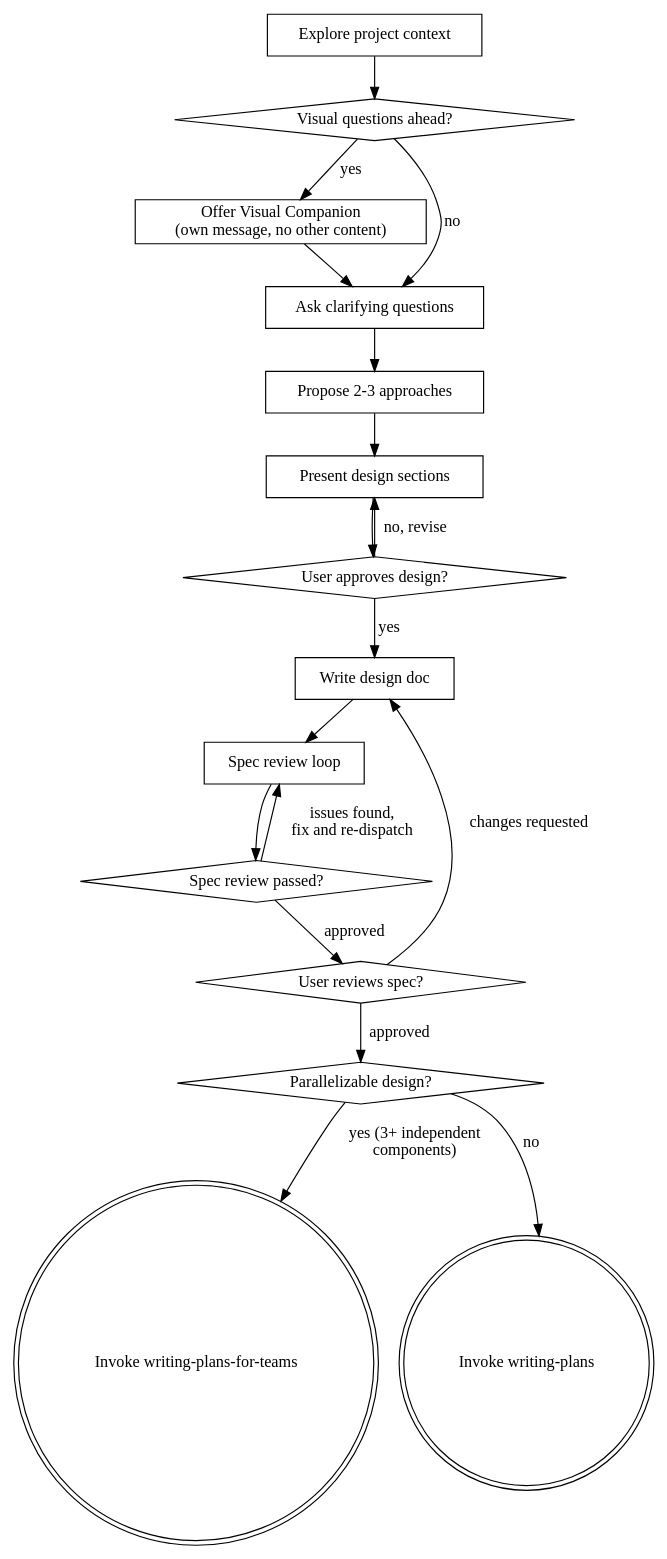
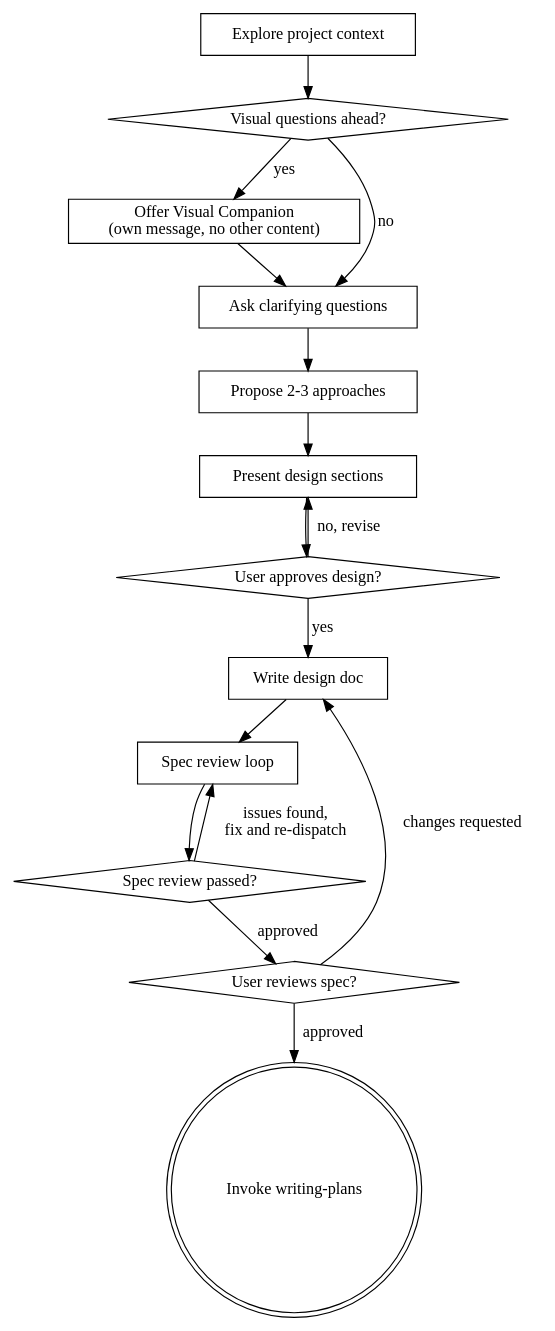
Before and after one commit to Sairef/superpowers: the diagram in skills/brainstorming/SKILL.md, drawn with Graphviz. The commit also changed other lines of this file and 11 other files, not shown here.

````diff
--- a/skills/brainstorming/SKILL.md
+++ b/skills/brainstorming/SKILL.md
@@ -36,36 +36,32 @@
 ```dot
 digraph brainstorming {
     "Explore project context" [shape=box];
     "Visual questions ahead?" [shape=diamond];
     "Offer Visual Companion\n(own message, no other content)" [shape=box];
     "Ask clarifying questions" [shape=box];
     "Propose 2-3 approaches" [shape=box];
     "Present design sections" [shape=box];
     "User approves design?" [shape=diamond];
     "Write design doc" [shape=box];
     "Spec review loop" [shape=box];
     "Spec review passed?" [shape=diamond];
     "User reviews spec?" [shape=diamond];
-    "Parallelizable design?" [shape=diamond];
-    "Invoke writing-plans-for-teams" [shape=doublecircle];
     "Invoke writing-plans" [shape=doublecircle];
 
     "Explore project context" -> "Visual questions ahead?";
     "Visual questions ahead?" -> "Offer Visual Companion\n(own message, no other content)" [label="yes"];
     "Visual questions ahead?" -> "Ask clarifying questions" [label="no"];
     "Offer Visual Companion\n(own message, no other content)" -> "Ask clarifying questions";
     "Ask clarifying questions" -> "Propose 2-3 approaches";
     "Propose 2-3 approaches" -> "Present design sections";
     "Present design sections" -> "User approves design?";
     "User approves design?" -> "Present design sections" [label="no, revise"];
     "User approves design?" -> "Write design doc" [label="yes"];
     "Write design doc" -> "Spec review loop";
     "Spec review loop" -> "Spec review passed?";
     "Spec review passed?" -> "Spec review loop" [label="issues found,\nfix and re-dispatch"];
     "Spec review passed?" -> "User reviews spec?" [label="approved"];
     "User reviews spec?" -> "Write design doc" [label="changes requested"];
-    "User reviews spec?" -> "Parallelizable design?" [label="approved"];
-    "Parallelizable design?" -> "Invoke writing-plans-for-teams" [label="yes (3+ independent\ncomponents)"];
-    "Parallelizable design?" -> "Invoke writing-plans" [label="no"];
+    "User reviews spec?" -> "Invoke writing-plans" [label="approved"];
 }
 ```
````
